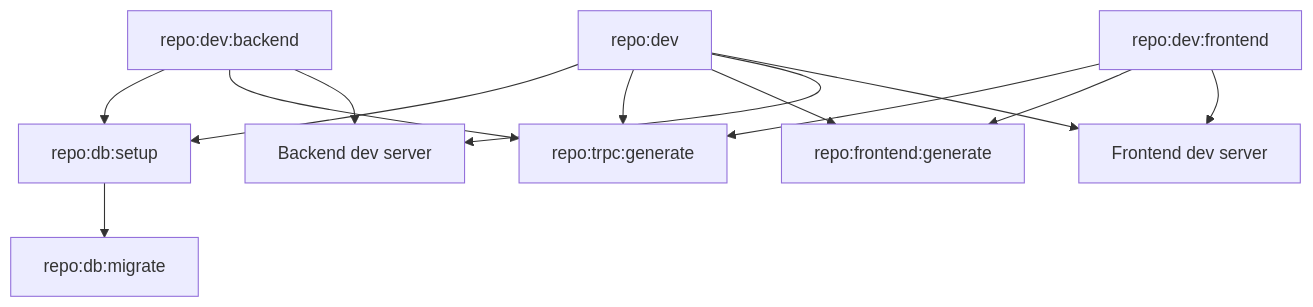
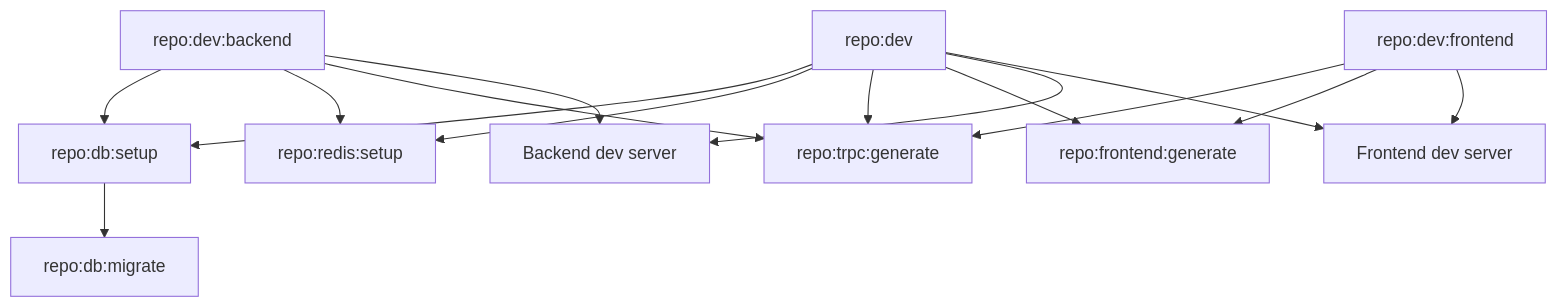
One commit to DidiWalakutty/Transcendence changed the diagram in docs/TOOLING.md. Above: the diagram before and after it, drawn with Mermaid. The commit also changed other lines of this file and 18 other files, not shown here.

Commit message:
feat: refactor backend configuration and error handling, integrate Redis utility functions, and enhance frontend error management

````diff
--- a/docs/TOOLING.md
+++ b/docs/TOOLING.md
@@ -82,28 +83,31 @@
 ```mermaid
 flowchart TD
     DEV["repo:dev"]
     DEV_BACKEND["repo:dev:backend"]
     DEV_FRONTEND["repo:dev:frontend"]
     DB_SETUP["repo:db:setup"]
+    REDIS_SETUP["repo:redis:setup"]
     DB_MIGRATE["repo:db:migrate"]
     TRPC["repo:trpc:generate"]
     FRONTEND_GEN["repo:frontend:generate"]
     BACKEND["Backend dev server"]
     FRONTEND["Frontend dev server"]
 
     DEV --> DB_SETUP
+    DEV --> REDIS_SETUP
     DEV --> TRPC
     DEV --> FRONTEND_GEN
     DEV --> BACKEND
     DEV --> FRONTEND
 
     DEV_BACKEND --> DB_SETUP
+    DEV_BACKEND --> REDIS_SETUP
     DEV_BACKEND --> TRPC
     DEV_BACKEND --> BACKEND
 
     DEV_FRONTEND --> TRPC
     DEV_FRONTEND --> FRONTEND_GEN
     DEV_FRONTEND --> FRONTEND
 
     DB_SETUP --> DB_MIGRATE
 ```
````
